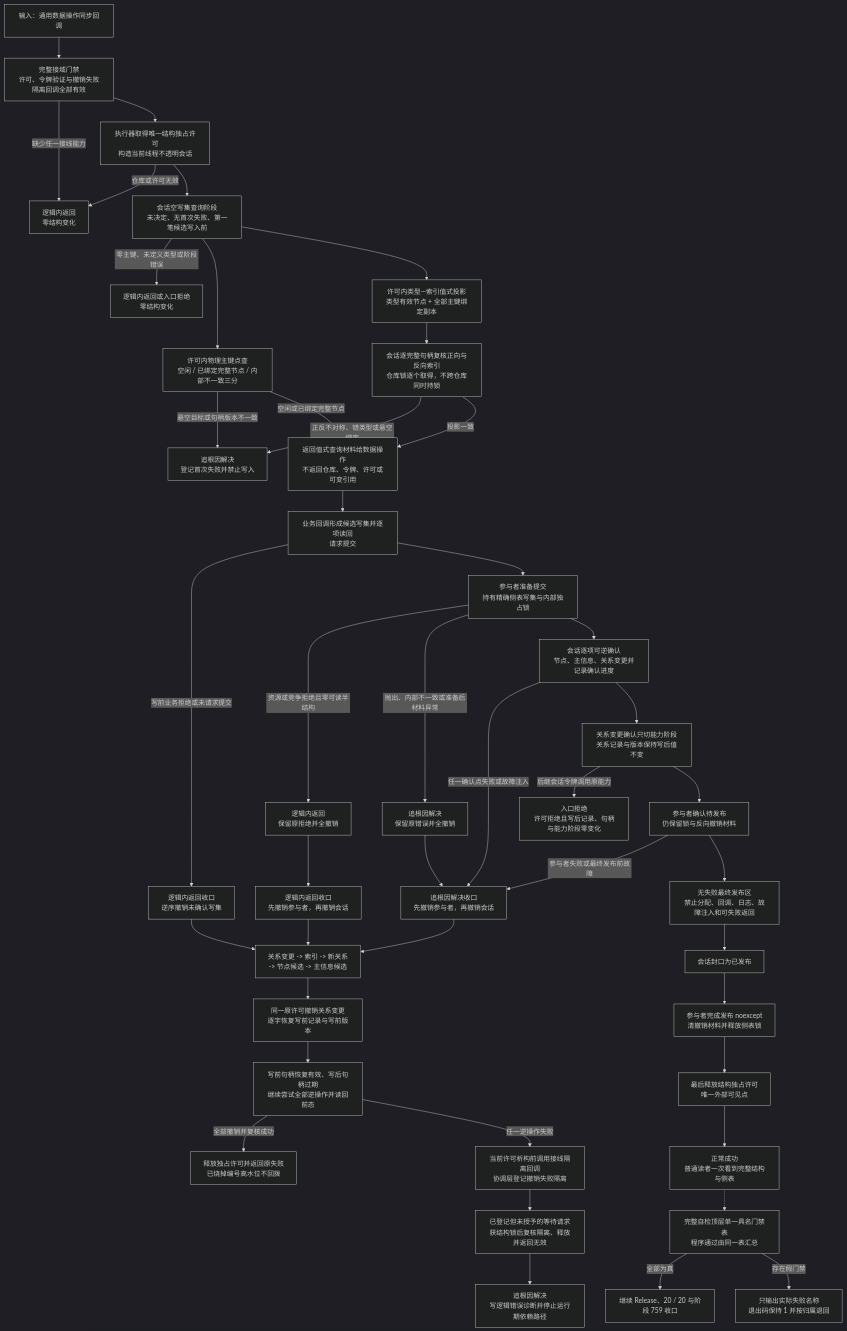
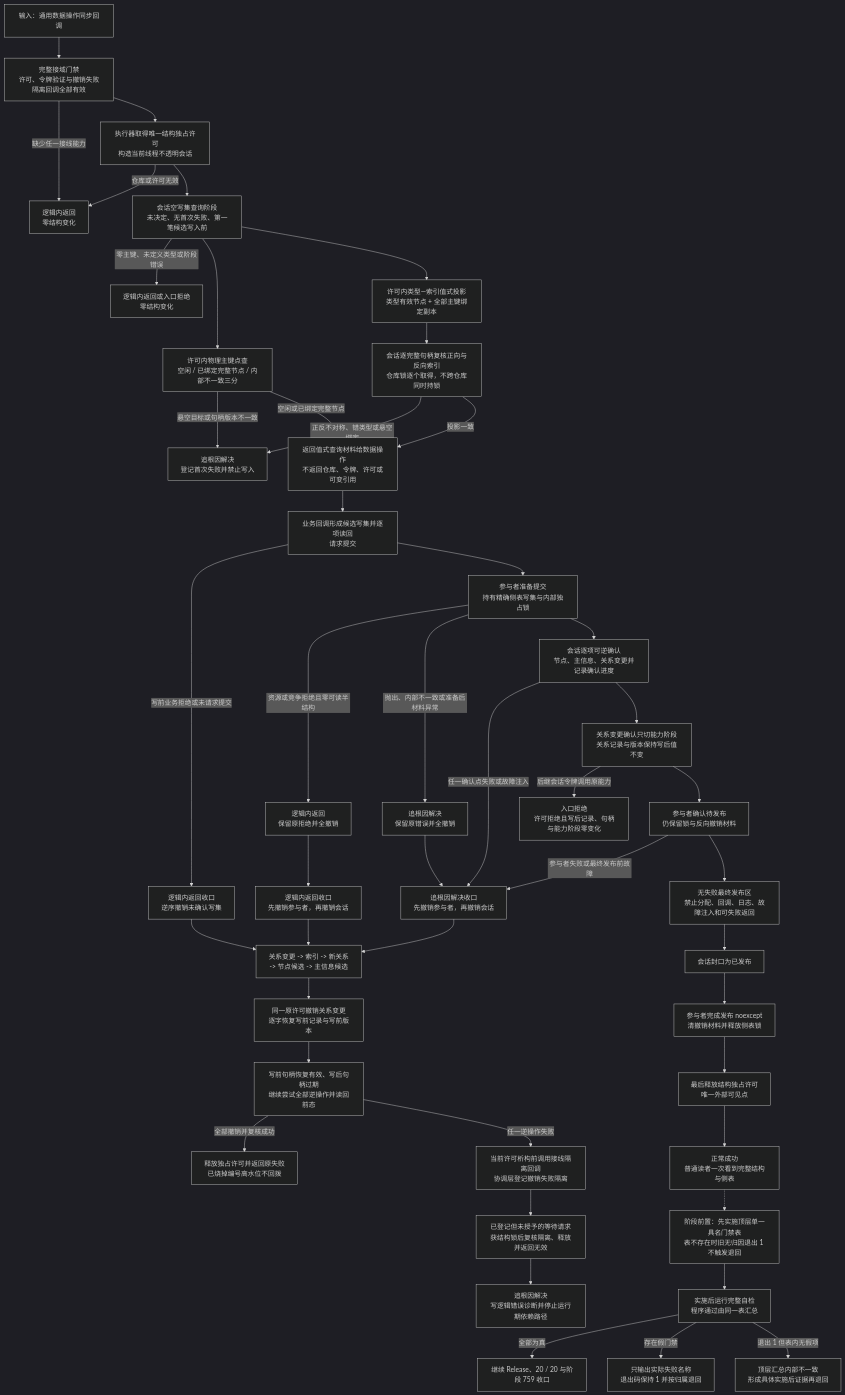
The diagram in 流程图/20260717_不透明结构写入会话许可内探测计量与全参与者原子收口代码逻辑流程图_v0.1.md (chunhaizh-cyber/HY-Ego), drawn with Mermaid (dark theme) before and after one commit. The commit also changed other lines of this file and 14 other files, not shown here.

````diff
--- a/流程图/20260717_不透明结构写入会话许可内探测计量与全参与者原子收口代码逻辑流程图_v0.1.md
+++ b/流程图/20260717_不透明结构写入会话许可内探测计量与全参与者原子收口代码逻辑流程图_v0.1.md
@@ -31,46 +31,48 @@
 ```mermaid
 flowchart TD
     A["输入：通用数据操作同步回调"] --> B0["完整接域门禁<br/>许可、令牌验证与撤销失败隔离回调全部有效"]
     B0 -->|"缺少任一接线能力"| L1["逻辑内返回<br/>零结构变化"]
     B0 --> B["执行器取得唯一结构独占许可<br/>构造当前线程不透明会话"]
     B -->|"仓库或许可无效"| L1
     B --> C["会话空写集查询阶段<br/>未决定、无首次失败、第一笔候选写入前"]
     C -->|"零主键、未定义类型或阶段错误"| L2["逻辑内返回或入口拒绝<br/>零结构变化"]
     C --> D["许可内物理主键点查<br/>空闲 / 已绑定完整节点 / 内部不一致三分"]
     D -->|"悬空目标或句柄版本不一致"| R1["追根因解决<br/>登记首次失败并禁止写入"]
     D -->|"空闲或已绑定完整节点"| G
     C --> E["许可内类型—索引值式投影<br/>类型有效节点 + 全部主键绑定副本"]
     E --> F["会话逐完整句柄复核正向与反向索引<br/>仓库锁逐个取得，不跨仓库同时持锁"]
     F -->|"正反不对称、错类型或悬空绑定"| R1
     F -->|"投影一致"| G["返回值式查询材料给数据操作<br/>不返回仓库、令牌、许可或可变引用"]
     G --> H["业务回调形成候选写集并逐项读回<br/>请求提交"]
     H -->|"写前业务拒绝或未请求提交"| X1["逻辑内返回收口<br/>逆序撤销未确认写集"]
     H --> I["参与者准备提交<br/>持有精确侧表写集与内部独占锁"]
     I -->|"资源或竞争拒绝且零可读半结构"| I1["逻辑内返回<br/>保留原拒绝并全撤销"]
     I -->|"抛出、内部不一致或准备后材料异常"| I2["追根因解决<br/>保留原错误并全撤销"]
     I1 --> X2L["逻辑内返回收口<br/>先撤销参与者，再撤销会话"]
     I2 --> X2R["追根因解决收口<br/>先撤销参与者，再撤销会话"]
     I --> J["会话逐项可逆确认<br/>节点、主信息、关系变更并记录确认进度"]
     J -->|"任一确认点失败或故障注入"| X2R
     J --> J1["关系变更确认只切能力阶段<br/>关系记录与版本保持写后值不变"]
     J1 -->|"后继会话令牌调用原能力"| L4["入口拒绝<br/>许可拒绝且写后记录、句柄与能力阶段零变化"]
     J1 --> K["参与者确认待发布<br/>仍保留锁与反向撤销材料"]
     K -->|"参与者失败或最终发布前故障"| X2R
     K --> P["无失败最终发布区<br/>禁止分配、回调、日志、故障注入和可失败返回"]
     P --> P1["会话封口为已发布"]
     P1 --> P2["参与者完成发布 noexcept<br/>清撤销材料并释放侧表锁"]
     P2 --> U["最后释放结构独占许可<br/>唯一外部可见点"]
     U --> S["正常成功<br/>普通读者一次看到完整结构与侧表"]
-    S -.-> V["完整自检顶层单一具名门禁表<br/>程序通过由同一表汇总"]
+    S -.-> T["阶段前置：先实施顶层单一具名门禁表<br/>表不存在时旧无归因退出 1 不触发退回"]
+    T --> V["实施后运行完整自检<br/>程序通过由同一表汇总"]
     V -->|"全部为真"| V1["继续 Release、20 / 20 与阶段 759 收口"]
     V -->|"存在假门禁"| V2["只输出实际失败名称<br/>退出码保持 1 并按归属退回"]
+    V -->|"退出 1 但表内无假项"| V3["顶层汇总内部不一致<br/>形成具体实施后证据再退回"]
     X1 --> X3["关系变更 -> 索引 -> 新关系<br/>-> 节点候选 -> 主信息候选"]
     X2L --> X3
     X2R --> X3
     X3 --> X3R["同一原许可撤销关系变更<br/>逐字恢复写前记录与写前版本"]
     X3R --> X4["写前句柄恢复有效、写后句柄过期<br/>继续尝试全部逆操作并读回前态"]
     X4 -->|"全部撤销并复核成功"| L3["释放独占许可并返回原失败<br/>已烧掉编号高水位不回拨"]
     X4 -->|"任一逆操作失败"| Q["当前许可析构前调用接线隔离回调<br/>协调层登记撤销失败隔离"]
     Q --> Q1["已登记但未授予的等待请求<br/>获结构锁后复核隔离、释放并返回无效"]
     Q1 --> R2["追根因解决<br/>写逻辑错误诊断并停止运行期依赖路径"]
 ```
````
